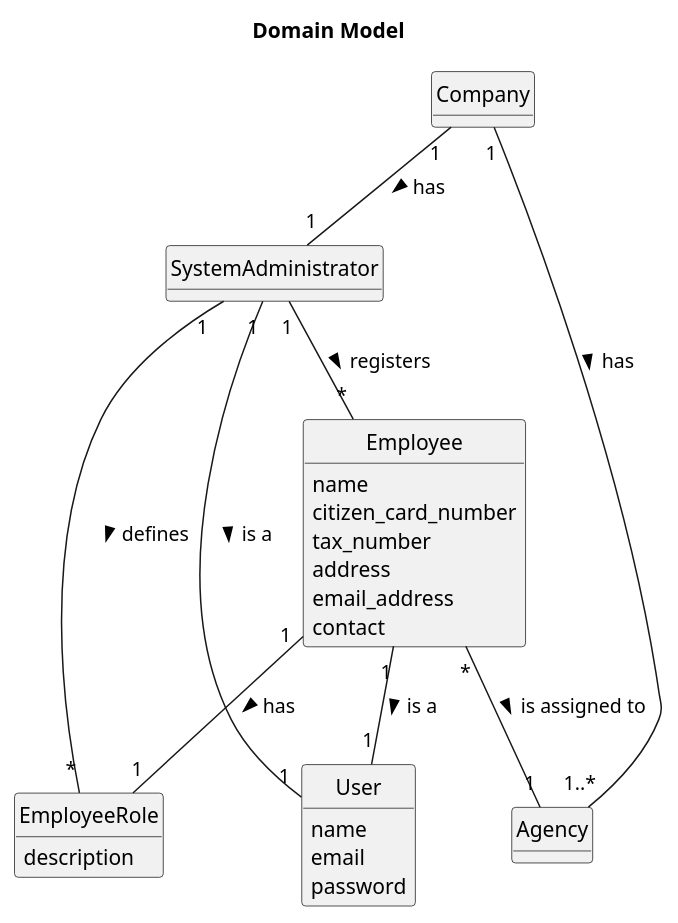
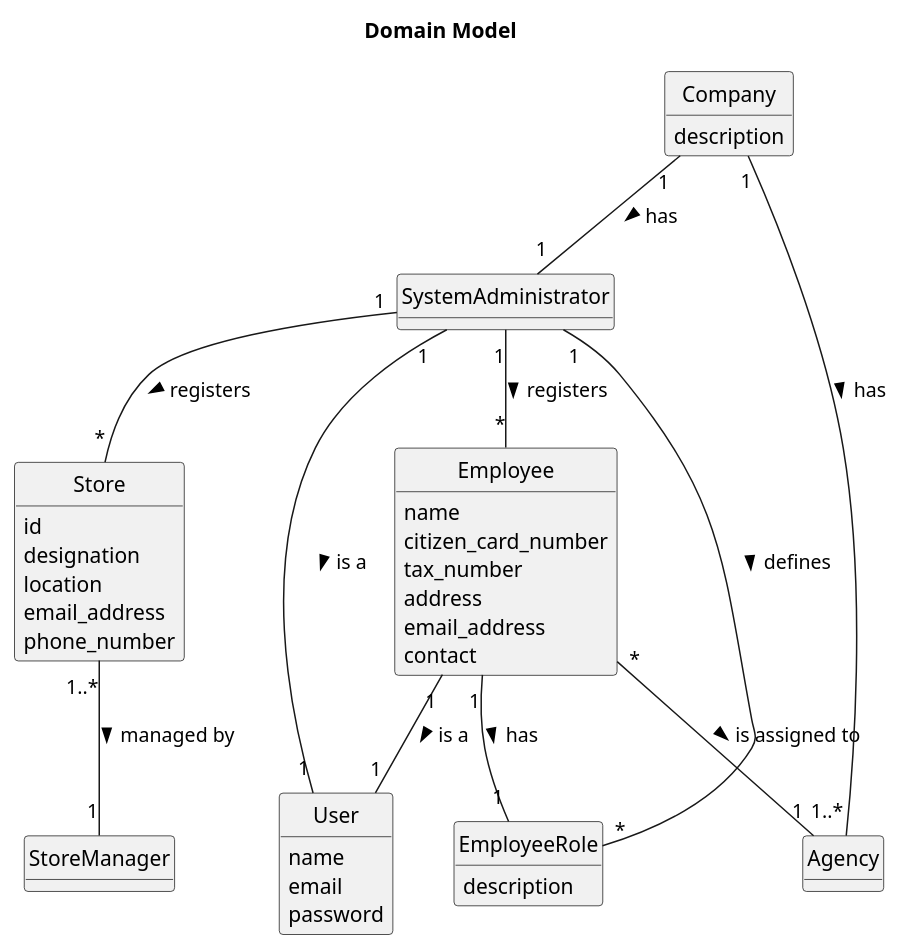
One commit to Rodrick0209/ISEP-LAPR2-22-23 changed the diagram in docs/sprintA/global-artifacts/02.analysis/puml/project-domain-model.puml. Above: the diagram before and after it, drawn with PlantUML. The commit also changed 7 other files, not shown here.

Commit message:
US002 & US005 & Global Artifacts (Create the Domain Model of US002 and Global Artifacts, Create the Use Case Diagram)

```diff
--- a/docs/sprintA/global-artifacts/02.analysis/puml/project-domain-model.puml
+++ b/docs/sprintA/global-artifacts/02.analysis/puml/project-domain-model.puml
@@ -1,50 +1,62 @@
 @startuml
 skinparam monochrome true
 skinparam packageStyle rectangle
 skinparam shadowing false
 'skinparam linetype ortho
 'left to right direction
 skinparam classAttributeIconSize 0
 hide circle
 hide methods
 
 title Domain Model
 
 
 class Employee{
 name
 citizen_card_number
 tax_number
 address
 email_address
 contact
 }
 
 class SystemAdministrator{
 }
 
 class EmployeeRole{
 description
 }
 
 class Company{
+description
 }
 
 class Agency{
 }
 
 class User{
 name
 email
 password
 }
 
+class Store {
+    id
+    designation
+    location
+    email_address
+    phone_number
+}
+
 SystemAdministrator "1" -- "*" Employee : registers >
 Employee "*" -- "1" Agency : is assigned to >
 Company "1" -- "1" SystemAdministrator : has >
 Employee "1" -- "1" EmployeeRole :  has >
 SystemAdministrator "1" -- "*" EmployeeRole : defines >
 SystemAdministrator "1" -- "1" User : is a >
 Employee "1" -- "1" User : is a >
 Company "1" -- "1..*" Agency : has >
+SystemAdministrator "1" -- "*" Store : registers >
+Store "1..*" -- "1" StoreManager : managed by >
+
 @enduml
```
